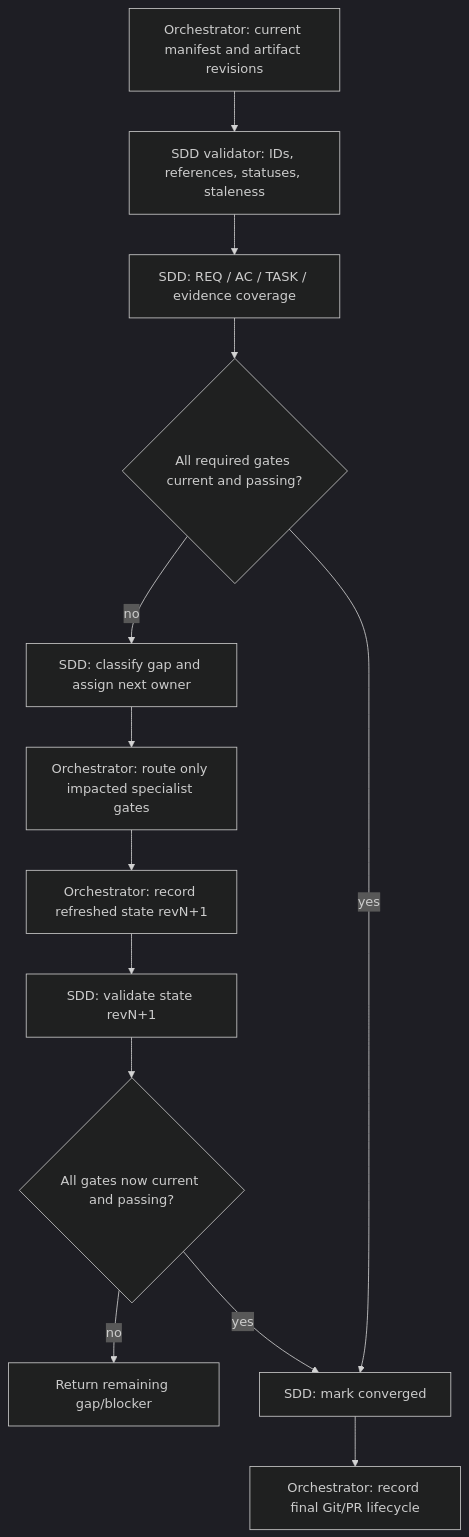
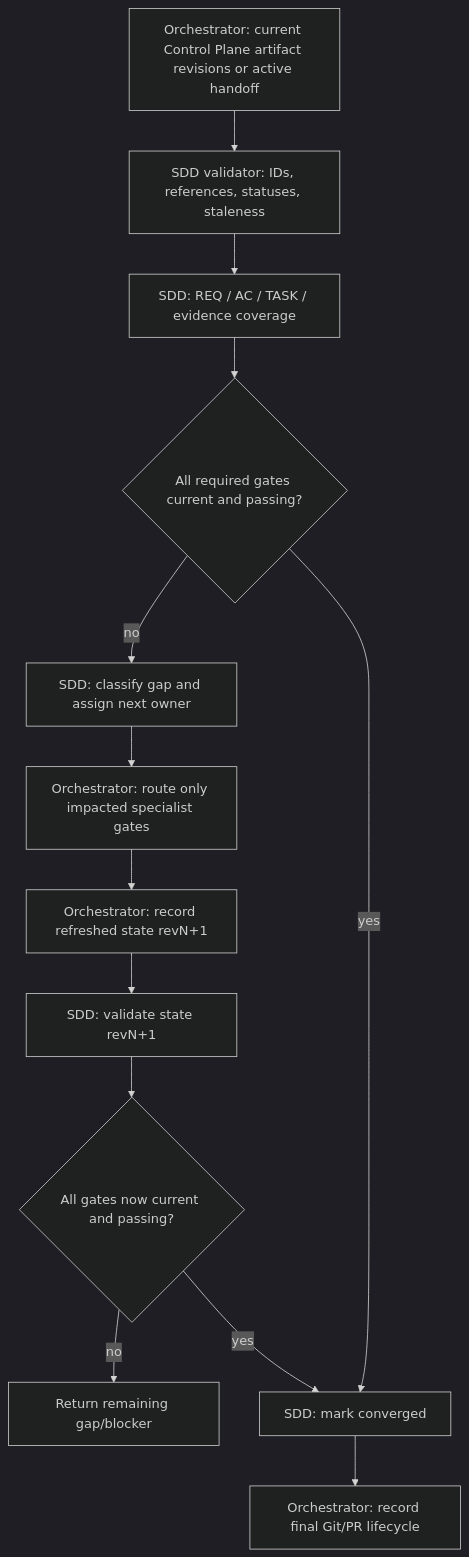
The diagram in agentic-core/skills/orchestration/references/spec-driven-development/references/convergence.md (Doodooms/everything-copilot), drawn with Mermaid (dark theme) before and after one commit. The commit also changed other lines of this file and 61 other files, not shown here.

````diff
--- a/agentic-core/skills/orchestration/references/spec-driven-development/references/convergence.md
+++ b/agentic-core/skills/orchestration/references/spec-driven-development/references/convergence.md
@@ -41,20 +41,20 @@
 ```mermaid
 flowchart TD
-    state["Orchestrator: current manifest and artifact revisions"]
+    state["Orchestrator: current Control Plane artifact revisions or active handoff"]
     validate["SDD validator: IDs, references, statuses, staleness"]
     coverage["SDD: REQ / AC / TASK / evidence coverage"]
     gates{"All required gates current and passing?"}
     gaps["SDD: classify gap and assign next owner"]
     owner["Orchestrator: route only impacted specialist gates"]
     refreshed["Orchestrator: record refreshed state revN+1"]
     revalidate["SDD: validate state revN+1"]
     next_gates{"All gates now current and passing?"}
     blocked["Return remaining gap/blocker"]
     converge["SDD: mark converged"]
     lifecycle["Orchestrator: record final Git/PR lifecycle"]
     state --> validate --> coverage --> gates
     gates -->|no| gaps --> owner --> refreshed --> revalidate --> next_gates
     next_gates -->|no| blocked
     next_gates -->|yes| converge
     gates -->|yes| converge --> lifecycle
 ```
````
